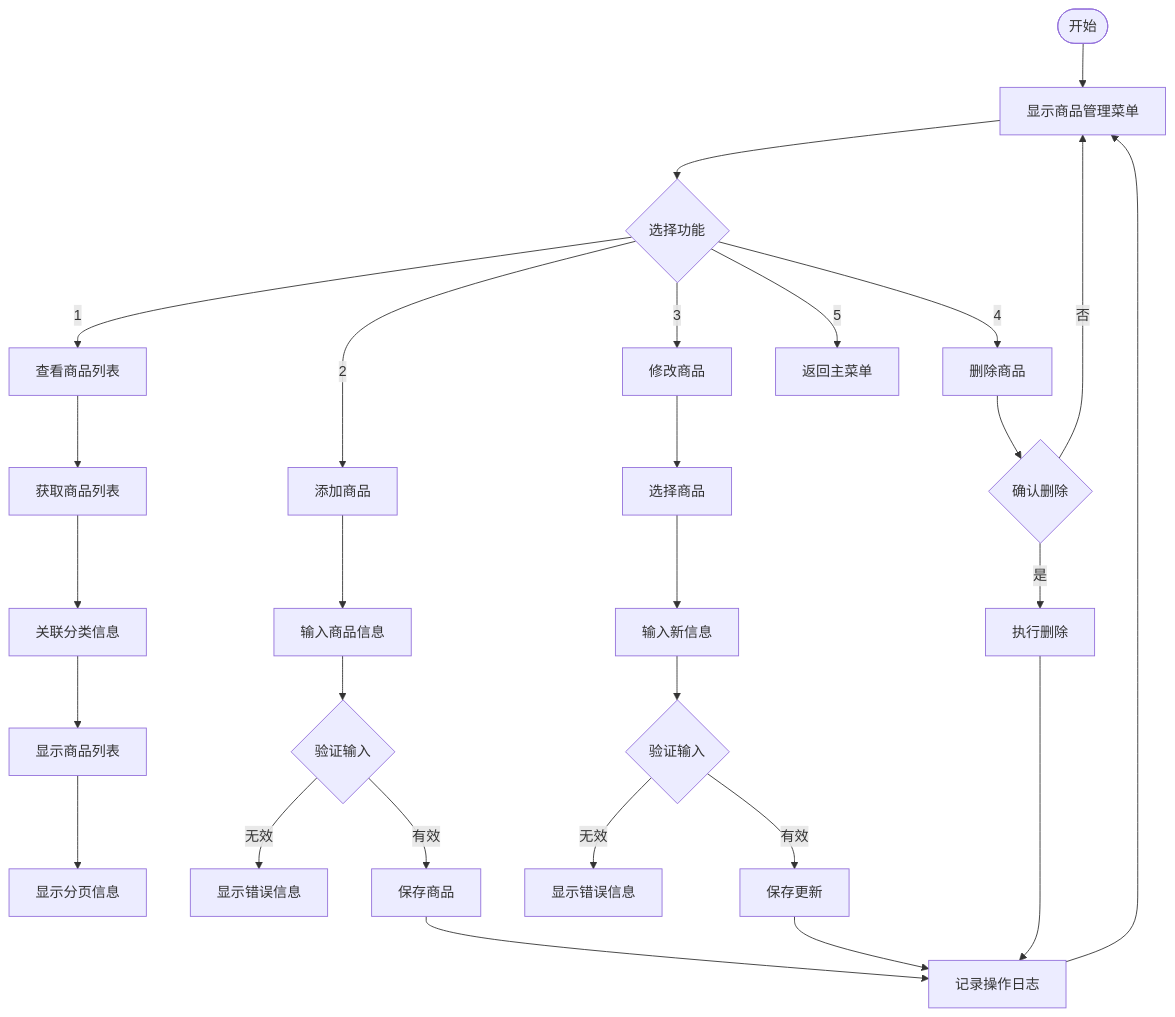
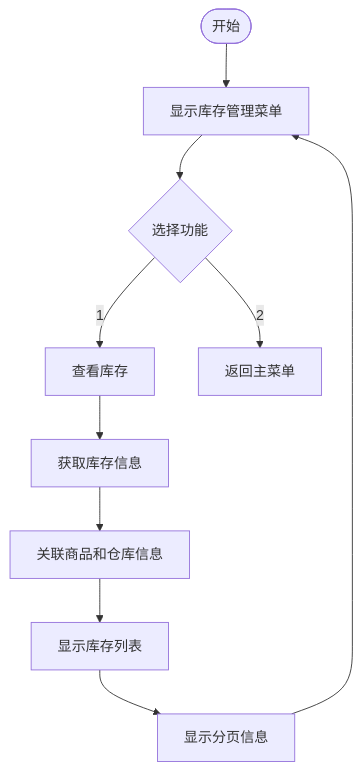
Before and after one commit to smystrive/iodraw-files: the diagram in all/未命名-1.md, drawn with Mermaid.

Commit message:
2025-01-02 15:21:39 update

````diff
--- a/all/未命名-1.md
+++ b/all/未命名-1.md
@@ -1,36 +1,14 @@
 ```mermaid
 flowchart TD
-    Start([开始]) --> ShowMenu[显示商品管理菜单]
+    Start([开始]) --> ShowMenu[显示库存管理菜单]
     ShowMenu --> SelectFunction{选择功能}
     
-    SelectFunction -->|1| ViewGoods[查看商品列表]
-    SelectFunction -->|2| AddGoods[添加商品]
-    SelectFunction -->|3| UpdateGoods[修改商品]
-    SelectFunction -->|4| DeleteGoods[删除商品]
-    SelectFunction -->|5| ReturnMain[返回主菜单]
+    SelectFunction -->|1| ViewInventory[查看库存]
+    SelectFunction -->|2| ReturnMain[返回主菜单]
     
-    ViewGoods --> GetGoods[获取商品列表]
-    GetGoods --> JoinCategory[关联分类信息]
-    JoinCategory --> DisplayGoods[显示商品列表]
-    DisplayGoods --> ShowPagination[显示分页信息]
-    
-    AddGoods --> InputGoodsInfo[输入商品信息]
-    InputGoodsInfo --> ValidateInput{验证输入}
-    ValidateInput -->|无效| ShowError[显示错误信息]
-    ValidateInput -->|有效| SaveGoods[保存商品]
-    SaveGoods --> LogOperation[记录操作日志]
-    
-    UpdateGoods --> SelectGoods[选择商品]
-    SelectGoods --> InputNewInfo[输入新信息]
-    InputNewInfo --> ValidateUpdate{验证输入}
-    ValidateUpdate -->|无效| ShowUpdateError[显示错误信息]
-    ValidateUpdate -->|有效| SaveUpdate[保存更新]
-    SaveUpdate --> LogOperation
-    
-    DeleteGoods --> ConfirmDelete{确认删除}
-    ConfirmDelete -->|否| ShowMenu
-    ConfirmDelete -->|是| ExecuteDelete[执行删除]
-    ExecuteDelete --> LogOperation
-    
-    LogOperation --> ShowMenu 
+    ViewInventory --> GetInventory[获取库存信息]
+    GetInventory --> JoinTables[关联商品和仓库信息]
+    JoinTables --> DisplayInventory[显示库存列表]
+    DisplayInventory --> ShowPagination[显示分页信息]
+    ShowPagination --> ShowMenu 
 ```
````
